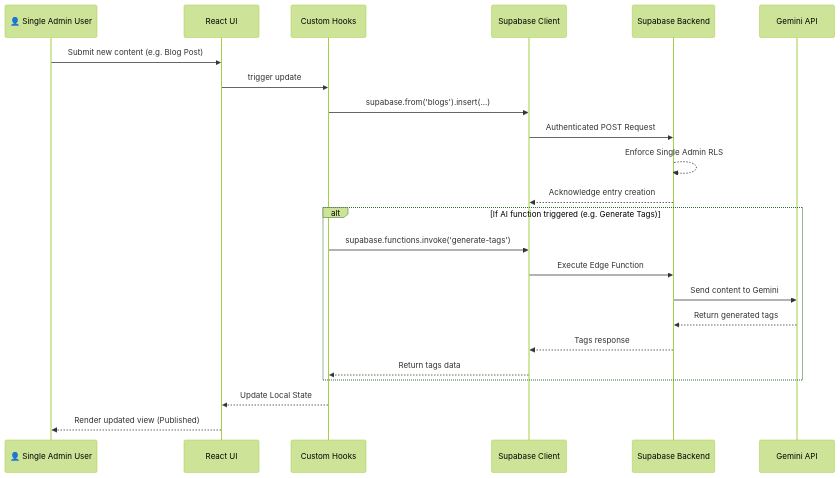
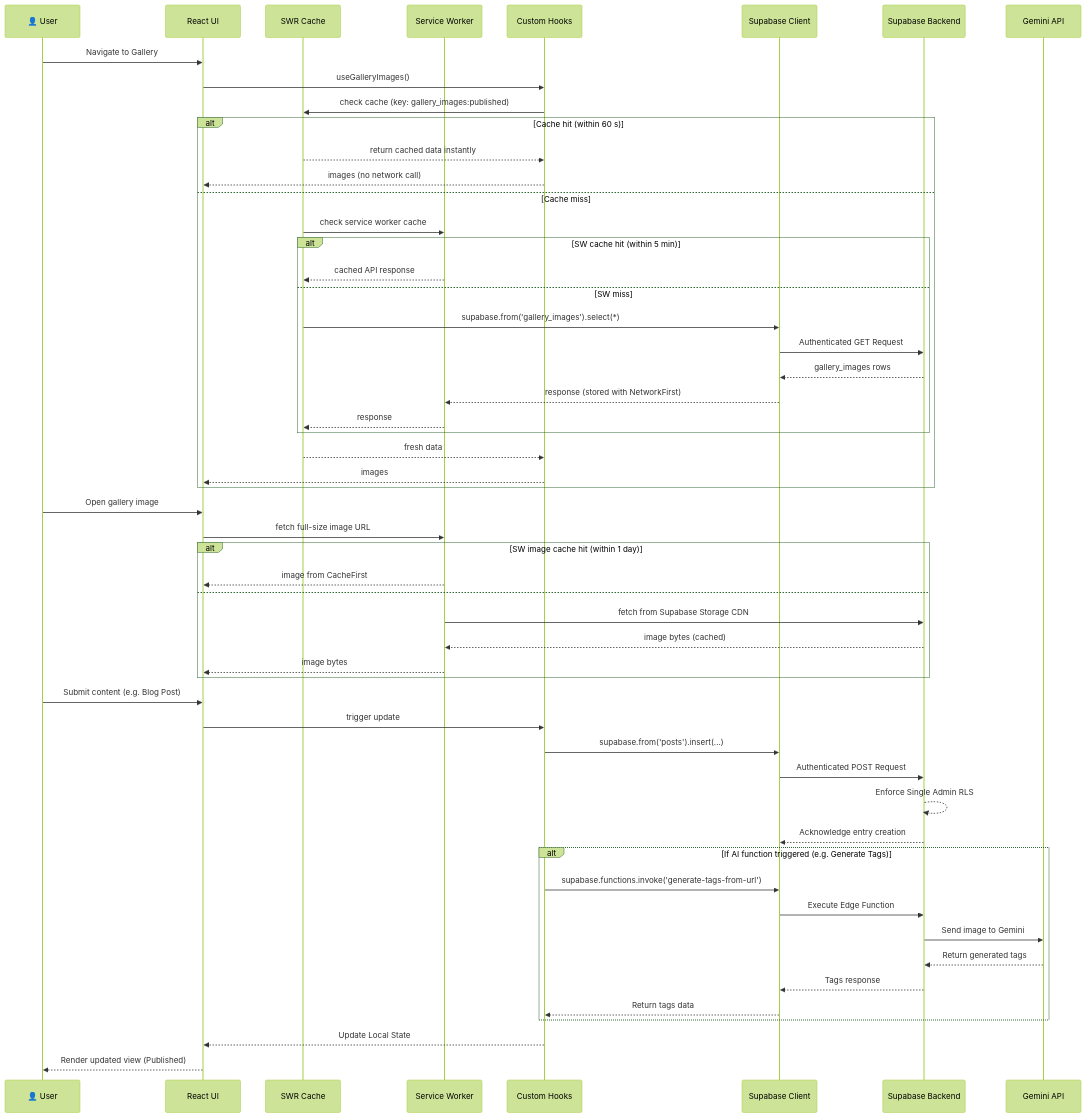
Before and after one commit to nrajesh/dew-drops: the second of 2 diagrams in documentation/ARCHITECTURE.md, drawn with Mermaid (forest theme). The commit also changed other lines of this file and 7 other files, not shown here.

Commit message:
feat(gallery): SWR caching, image transforms, lazy loading, Workbox runtime cache + speckit

````diff
--- a/documentation/ARCHITECTURE.md
+++ b/documentation/ARCHITECTURE.md
@@ -71,28 +85,61 @@
 ```mermaid
 sequenceDiagram
-    participant U as 👤 Single Admin User
+    participant U as 👤 User
     participant UI as React UI
+    participant SWR as SWR Cache
+    participant SW as Service Worker
     participant Hook as Custom Hooks
     participant SBC as Supabase Client
     participant API as Supabase Backend
     participant AI as Gemini API
 
-    U->>UI: Submit new content (e.g. Blog Post)
+    U->>UI: Navigate to Gallery
+    UI->>Hook: useGalleryImages()
+    Hook->>SWR: check cache (key: gallery_images:published)
+    alt Cache hit (within 60 s)
+        SWR-->>Hook: return cached data instantly
+        Hook-->>UI: images (no network call)
+    else Cache miss
+        SWR->>SW: check service worker cache
+        alt SW cache hit (within 5 min)
+            SW-->>SWR: cached API response
+        else SW miss
+            SWR->>SBC: supabase.from('gallery_images').select(*)
+            SBC->>API: Authenticated GET Request
+            API-->>SBC: gallery_images rows
+            SBC-->>SW: response (stored with NetworkFirst)
+            SW-->>SWR: response
+        end
+        SWR-->>Hook: fresh data
+        Hook-->>UI: images
+    end
+
+    U->>UI: Open gallery image
+    UI->>SW: fetch full-size image URL
+    alt SW image cache hit (within 1 day)
+        SW-->>UI: image from CacheFirst
+    else
+        SW->>API: fetch from Supabase Storage CDN
+        API-->>SW: image bytes (cached)
+        SW-->>UI: image bytes
+    end
+
+    U->>UI: Submit content (e.g. Blog Post)
     UI->>Hook: trigger update
-    Hook->>SBC: supabase.from('blogs').insert(...)
+    Hook->>SBC: supabase.from('posts').insert(...)
     SBC->>API: Authenticated POST Request
     API-->>API: Enforce Single Admin RLS
     API-->>SBC: Acknowledge entry creation
     
     alt If AI function triggered (e.g. Generate Tags)
-        Hook->>SBC: supabase.functions.invoke('generate-tags')
+        Hook->>SBC: supabase.functions.invoke('generate-tags-from-url')
         SBC->>API: Execute Edge Function
-        API->>AI: Send content to Gemini
+        API->>AI: Send image to Gemini
         AI-->>API: Return generated tags
         API-->>SBC: Tags response
         SBC-->>Hook: Return tags data
     end
     
     Hook-->>UI: Update Local State
     UI-->>U: Render updated view (Published)
 ```
````
